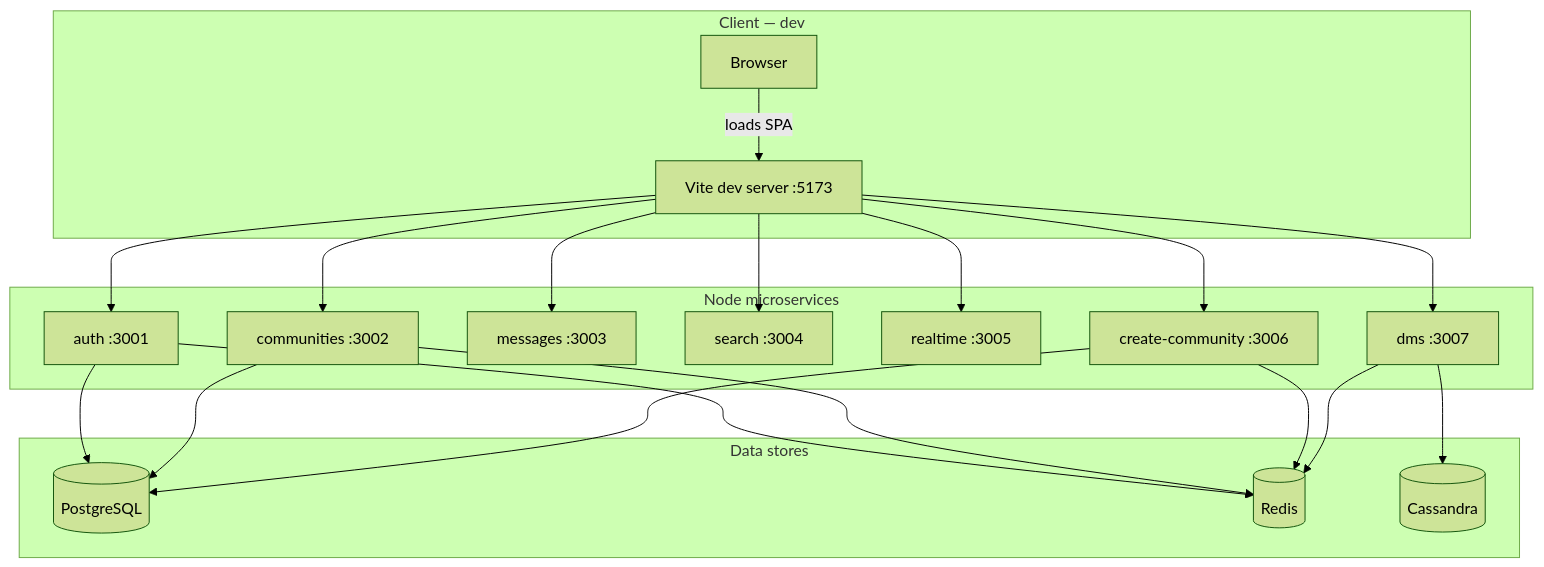
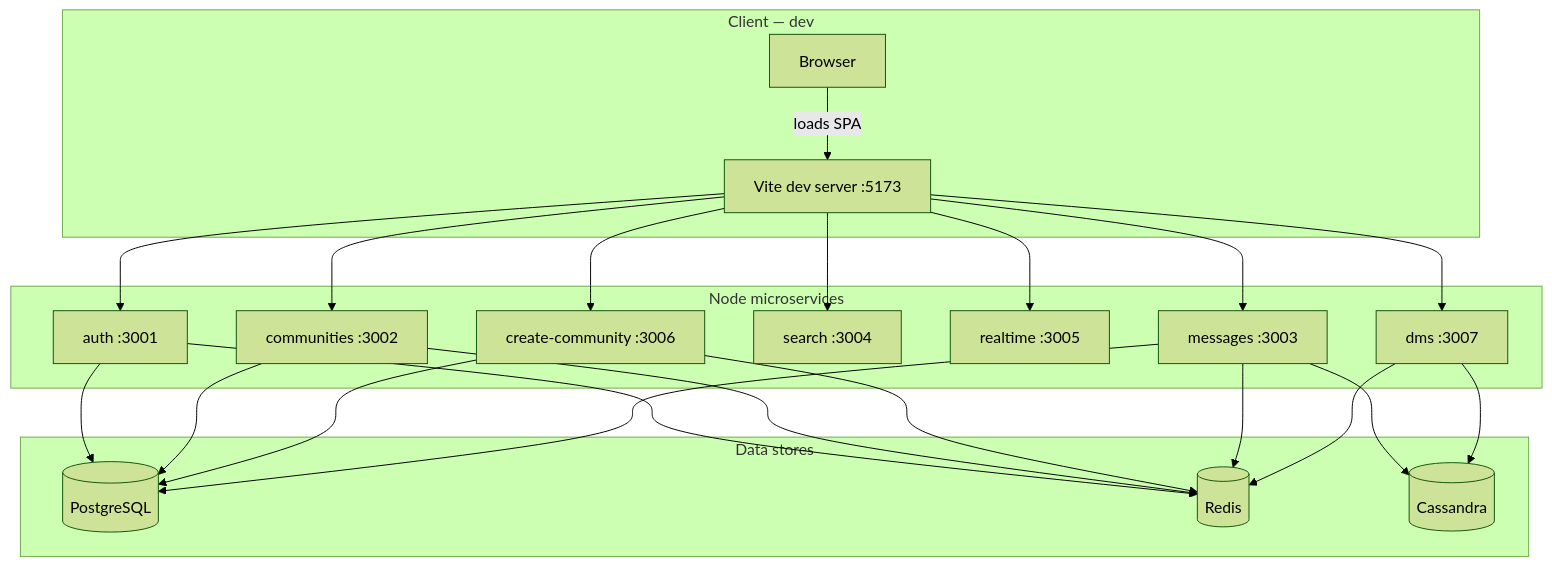
Before and after one commit to ja963mes/CSE356-Discord-Term-Project: the diagram in README.md, drawn with Mermaid (forest theme). The commit also changed other lines of this file and 23 other files, not shown here.

````diff
--- a/README.md
+++ b/README.md
@@ -13,41 +13,44 @@
 ```mermaid
 flowchart TB
   subgraph dev [Client — dev]
     Browser[Browser]
     Vite[Vite dev server :5173]
     Browser -->|loads SPA| Vite
   end
 
   subgraph backends [Node microservices]
     Auth[auth :3001]
     Comm[communities :3002]
     Msg[messages :3003]
     Srch[search :3004]
     Rt[realtime :3005]
     CC[create-community :3006]
     Dms[dms :3007]
   end
 
   Vite --> Auth
   Vite --> Comm
   Vite --> Msg
   Vite --> Srch
   Vite --> Rt
   Vite --> CC
   Vite --> Dms
 
   subgraph data [Data stores]
     PG[(PostgreSQL)]
     RD[(Redis)]
     CAS[(Cassandra)]
   end
 
   Auth --> PG
   Auth --> RD
   Comm --> PG
   Comm --> RD
   CC --> PG
   CC --> RD
+  Msg --> PG
+  Msg --> CAS
+  Msg --> RD
   Dms --> CAS
   Dms --> RD
 ```
````
